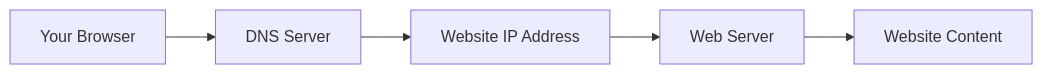
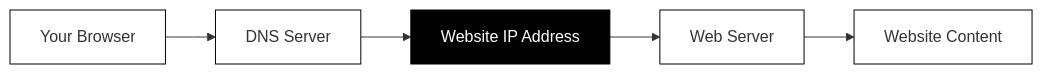
Before and after one commit to gmoigneu/howtouseinternet: the first of 2 diagrams in .claude/agents/course-creator.md, drawn with Mermaid. The commit also changed other lines of this file and 12 other files, not shown here.

Commit message:
Add Mermaid integration to Astro configuration and update dependencies. Enhance global CSS for better diagram rendering and responsiveness. Update course content with improved formatting for prompts and examples, ensuring clarity and consistency in AI interaction guidelines.

````diff
--- a/.claude/agents/course-creator.md
+++ b/.claude/agents/course-creator.md
@@ -140,7 +149,12 @@
 ```mermaid
 flowchart LR
     A[Your Browser] --> B[DNS Server]
     B --> C[Website IP Address]
     C --> D[Web Server]
     D --> E[Website Content]
+    style A fill:#fff,stroke:#000
+    style B fill:#fff,stroke:#000
+    style C fill:#000,stroke:#000,color:#fff
+    style D fill:#fff,stroke:#000
+    style E fill:#fff,stroke:#000
 ```
````
